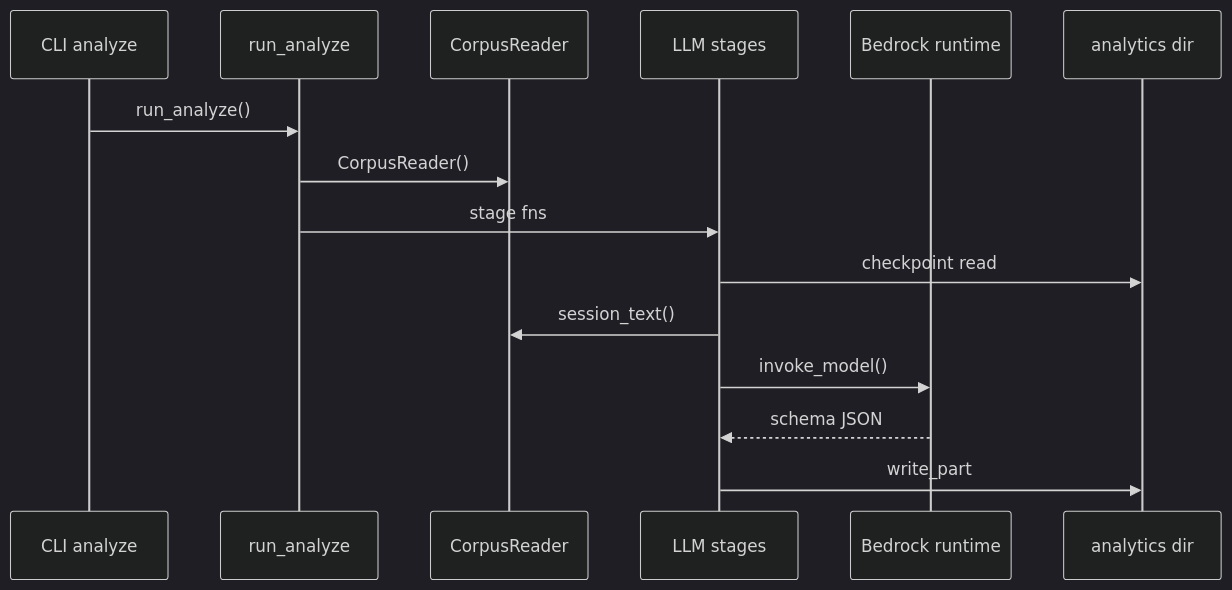
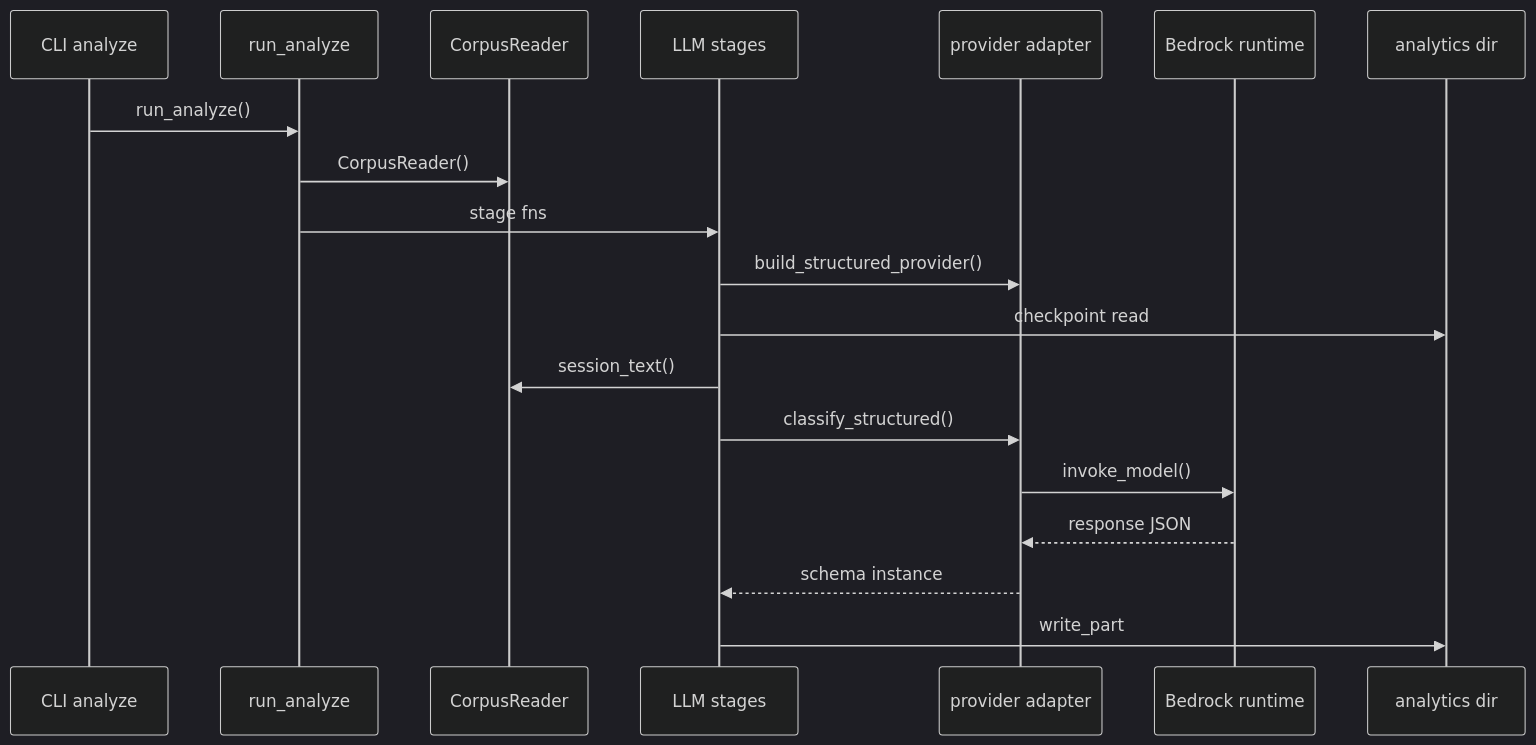
Before and after one commit to laithalsaadoon/atif-sql: the third of 3 diagrams in docs/diagrams/behavioral/sequences.md, drawn with Mermaid (dark theme). The commit also changed other lines of this file and 20 other files, not shown here.

````diff
--- a/docs/diagrams/behavioral/sequences.md
+++ b/docs/diagrams/behavioral/sequences.md
@@ -98,17 +98,21 @@
 ```mermaid
 sequenceDiagram
     participant CLI as CLI analyze
     participant ORCH as run_analyze
     participant RD as CorpusReader
     participant LLM as LLM stages
+    participant PV as provider adapter
     participant BR as Bedrock runtime
     participant AN as analytics dir
     CLI->>ORCH: run_analyze()
     ORCH->>RD: CorpusReader()
     ORCH->>LLM: stage fns
+    LLM->>PV: build_structured_provider()
     LLM->>AN: checkpoint read
     LLM->>RD: session_text()
-    LLM->>BR: invoke_model()
-    BR-->>LLM: schema JSON
+    LLM->>PV: classify_structured()
+    PV->>BR: invoke_model()
+    BR-->>PV: response JSON
+    PV-->>LLM: schema instance
     LLM->>AN: write_part
 ```
````
